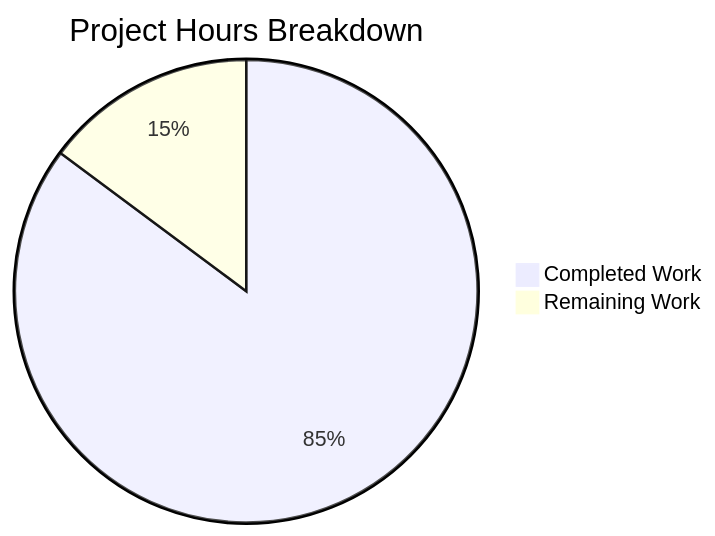
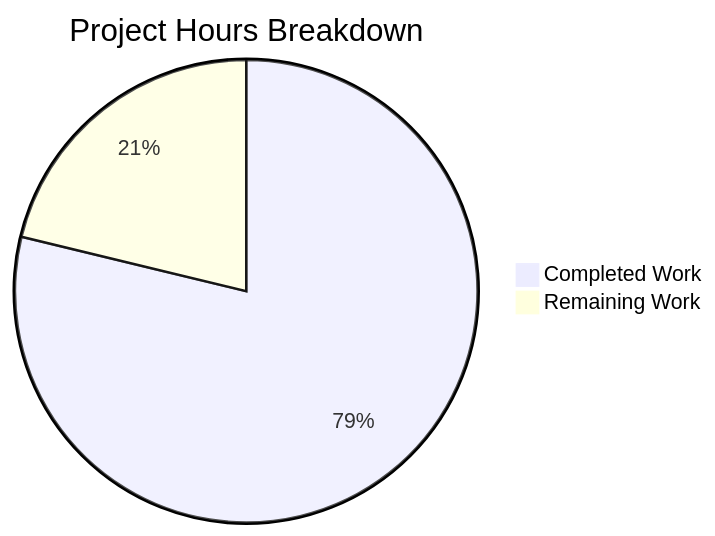
One commit to shaliniblitzy/13feb_1 changed the second of 2 diagrams in blitzy/documentation/Project Guide.md. Above: the diagram before and after it, drawn with Mermaid. The commit also changed other lines of this file, not shown here.

Commit message:
Adding Blitzy Project Guide: Project Status and Human Tasks Remaining

````diff
--- a/blitzy/documentation/Project Guide.md
+++ b/blitzy/documentation/Project Guide.md
@@ -191,5 +236,5 @@
 ```mermaid
 pie title Project Hours Breakdown
-    "Completed Work" : 46
-    "Remaining Work" : 8
+    "Completed Work" : 52
+    "Remaining Work" : 14
 ```
````
